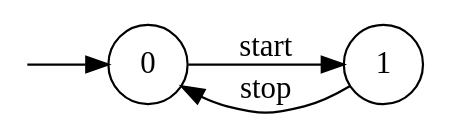
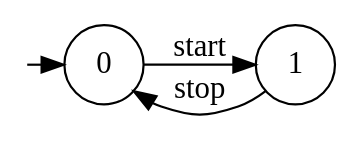
The diagram in writing/src/2-framework/images/start-stop.dot (blambeau/phd), drawn with Graphviz before and after one commit. The commit also changed 12 other files, not shown here.

```diff
--- a/writing/src/2-framework/images/start-stop.dot
+++ b/writing/src/2-framework/images/start-stop.dot
@@ -1,9 +1,9 @@
 digraph G {
-  graph [rankdir="LR"];
+  graph [rankdir="LR" ranksep=0];
   zz [label="" color="white" fillcolor="white" shape="circle" style="filled" fixedsize=true width=0.0];
   0 [color="black" fillcolor="white" shape="circle" style="filled"];
   1 [color="black" fillcolor="white" shape="circle" style="filled"];
   zz -> 0 [label=""];
   0 -> 1 [label="start"];
   1 -> 0 [label="stop"];
 }
```
